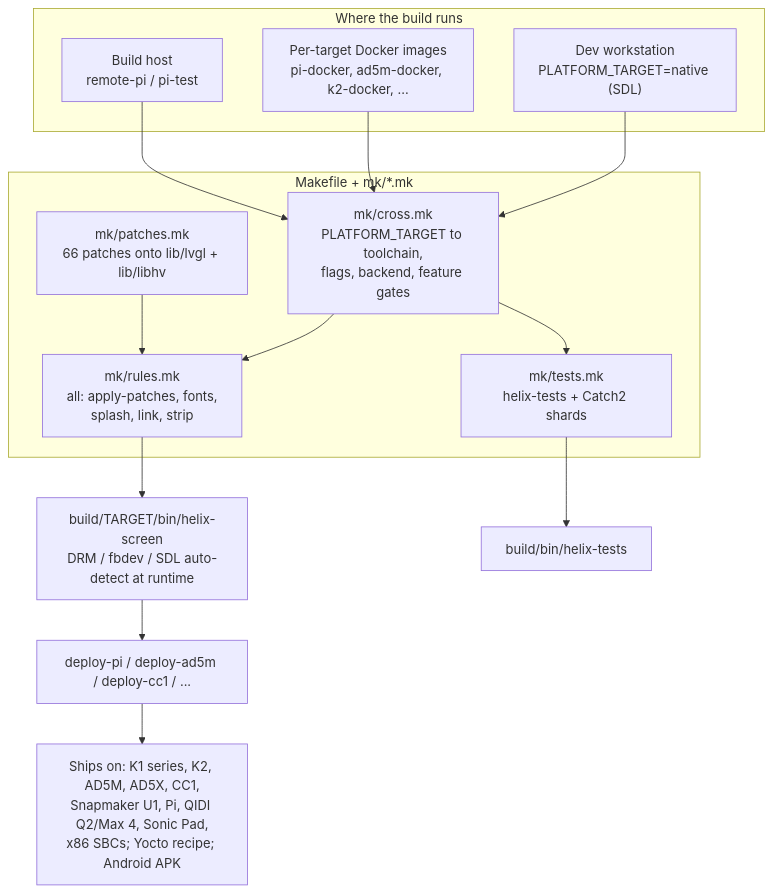
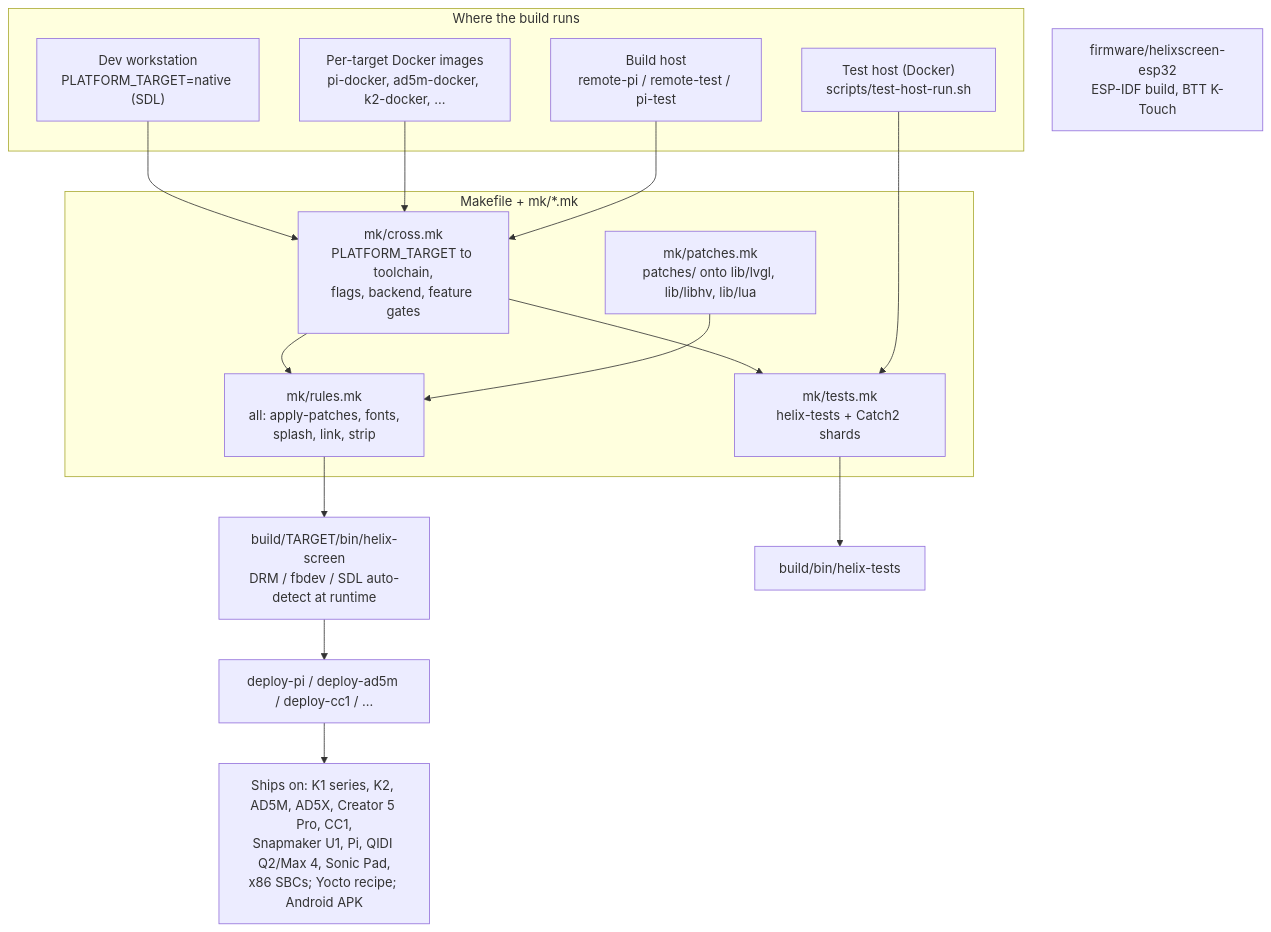
The diagram in docs/devel/architecture/14-build-platforms.md (jrlomas/helixscreen), drawn with Mermaid before and after one commit. The commit also changed other lines of this file and 90 other files, not shown here.

First line of the commit message:
docs(devel): refresh the architecture guide against the code, add an ESP32 firmware chapter, move printer-specific docs under printers/ and printer-research/, retire shipped plans

````diff
--- a/docs/devel/architecture/14-build-platforms.md
+++ b/docs/devel/architecture/14-build-platforms.md
@@ -12,30 +13,33 @@
 ```mermaid
 flowchart TB
     subgraph hosts["Where the build runs"]
         DEV["Dev workstation<br/>PLATFORM_TARGET=native (SDL)"]
         DOCKER["Per-target Docker images<br/>pi-docker, ad5m-docker, k2-docker, ..."]
-        REMOTE["Build host<br/>remote-pi / pi-test"]
+        REMOTE["Build host<br/>remote-pi / remote-test / pi-test"]
+        THOST["Test host (Docker)<br/>scripts/test-host-run.sh"]
     end
 
     subgraph mk["Makefile + mk/*.mk"]
         CROSS["mk/cross.mk<br/>PLATFORM_TARGET to toolchain,<br/>flags, backend, feature gates"]
-        PATCHES["mk/patches.mk<br/>66 patches onto lib/lvgl + lib/libhv"]
+        PATCHES["mk/patches.mk<br/>patches/ onto lib/lvgl, lib/libhv, lib/lua"]
         RULES["mk/rules.mk<br/>all: apply-patches, fonts,<br/>splash, link, strip"]
         TESTS["mk/tests.mk<br/>helix-tests + Catch2 shards"]
     end
 
     BIN["build/TARGET/bin/helix-screen<br/>DRM / fbdev / SDL auto-detect at runtime"]
     TESTBIN["build/bin/helix-tests"]
     DEPLOY["deploy-pi / deploy-ad5m / deploy-cc1 / ..."]
-    DEVICES["Ships on: K1 series, K2, AD5M, AD5X, CC1,<br/>Snapmaker U1, Pi, QIDI Q2/Max 4, Sonic Pad,<br/>x86 SBCs; Yocto recipe; Android APK"]
+    DEVICES["Ships on: K1 series, K2, AD5M, AD5X, Creator 5 Pro, CC1,<br/>Snapmaker U1, Pi, QIDI Q2/Max 4, Sonic Pad,<br/>x86 SBCs; Yocto recipe; Android APK"]
+    ESP["firmware/helixscreen-esp32<br/>ESP-IDF build, BTT K-Touch"]
 
     DEV --> CROSS
     DOCKER --> CROSS
     REMOTE --> CROSS
     CROSS --> RULES
     PATCHES --> RULES
     RULES --> BIN
     CROSS --> TESTS
     TESTS --> TESTBIN
+    THOST --> TESTS
     BIN --> DEPLOY --> DEVICES
 ```
````
